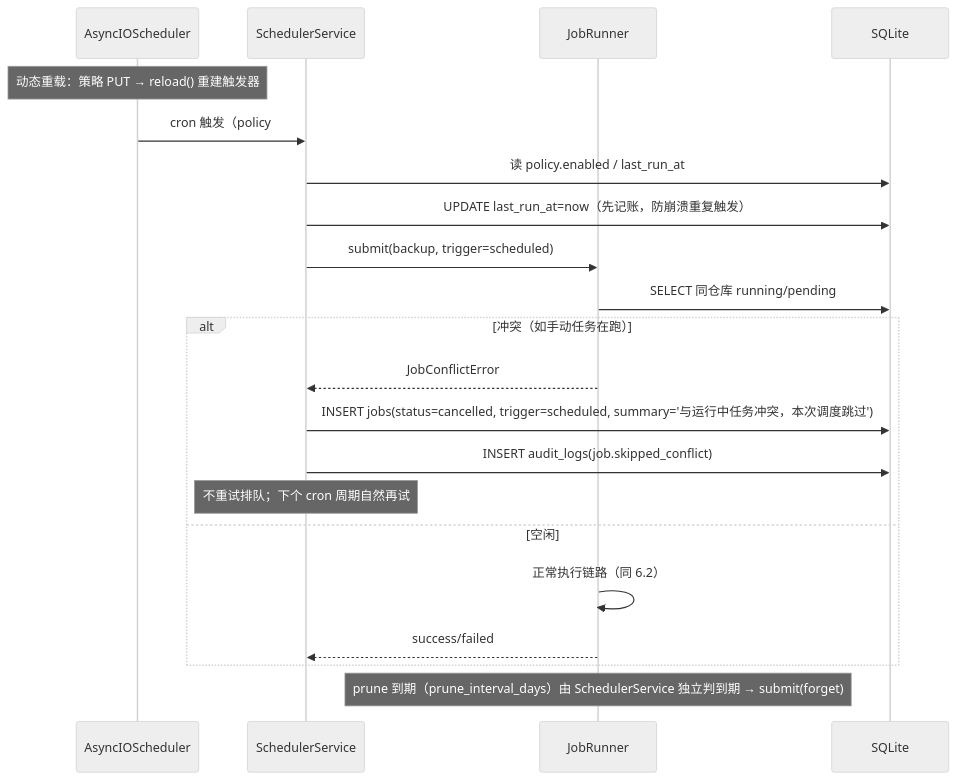
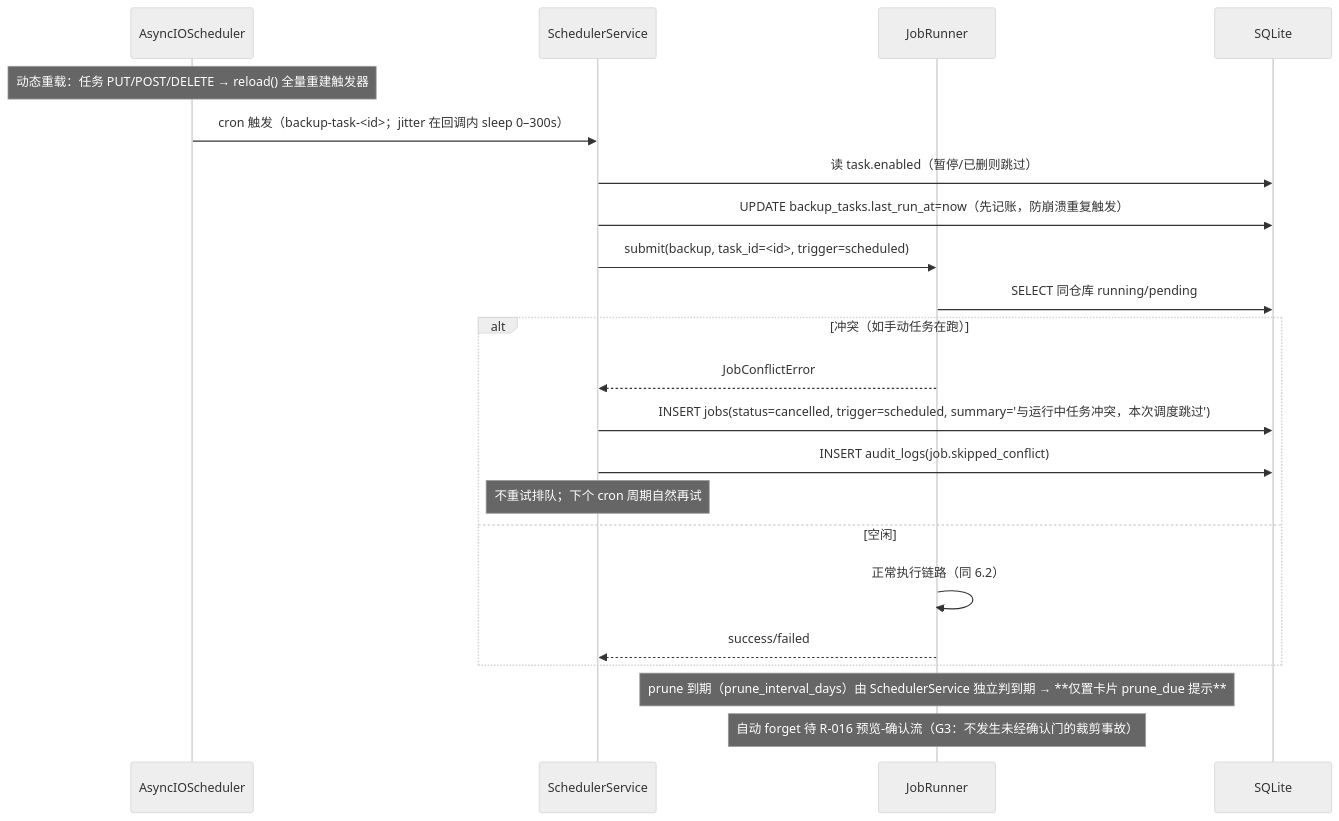
The sixth of 11 diagrams in web版/docs/架构设计文档.md (dolphin738/restic-docker-backup), drawn with Mermaid (neutral theme) before and after one commit. The commit also changed other lines of this file, not shown here.

````diff
--- a/web版/docs/架构设计文档.md
+++ b/web版/docs/架构设计文档.md
@@ -645,24 +770,25 @@
 ```mermaid
 sequenceDiagram
     participant APS as AsyncIOScheduler
     participant SC as SchedulerService
     participant JR as JobRunner
     participant DB as SQLite
 
-    Note over APS: 动态重载：策略 PUT → reload() 重建触发器
-    APS->>SC: cron 触发（policy#1 + jitter 0–300s）
-    SC->>DB: 读 policy.enabled / last_run_at
-    SC->>DB: UPDATE last_run_at=now（先记账，防崩溃重复触发）
-    SC->>JR: submit(backup, trigger=scheduled)
+    Note over APS: 动态重载：任务 PUT/POST/DELETE → reload() 全量重建触发器
+    APS->>SC: cron 触发（backup-task-<id>；jitter 在回调内 sleep 0–300s）
+    SC->>DB: 读 task.enabled（暂停/已删则跳过）
+    SC->>DB: UPDATE backup_tasks.last_run_at=now（先记账，防崩溃重复触发）
+    SC->>JR: submit(backup, task_id=<id>, trigger=scheduled)
     JR->>DB: SELECT 同仓库 running/pending
     alt 冲突（如手动任务在跑）
         JR-->>SC: JobConflictError
         SC->>DB: INSERT jobs(status=cancelled, trigger=scheduled, summary='与运行中任务冲突，本次调度跳过')
         SC->>DB: INSERT audit_logs(job.skipped_conflict)
         Note over SC: 不重试排队；下个 cron 周期自然再试
     else 空闲
         JR->>JR: 正常执行链路（同 6.2）
         JR-->>SC: success/failed
     end
-    Note over JR: prune 到期（prune_interval_days）由 SchedulerService 独立判到期 → submit(forget)
+    Note over JR: prune 到期（prune_interval_days）由 SchedulerService 独立判到期 → **仅置卡片 prune_due 提示**
+    Note over JR: 自动 forget 待 R-016 预览-确认流（G3：不发生未经确认门的裁剪事故）
 ```
````
